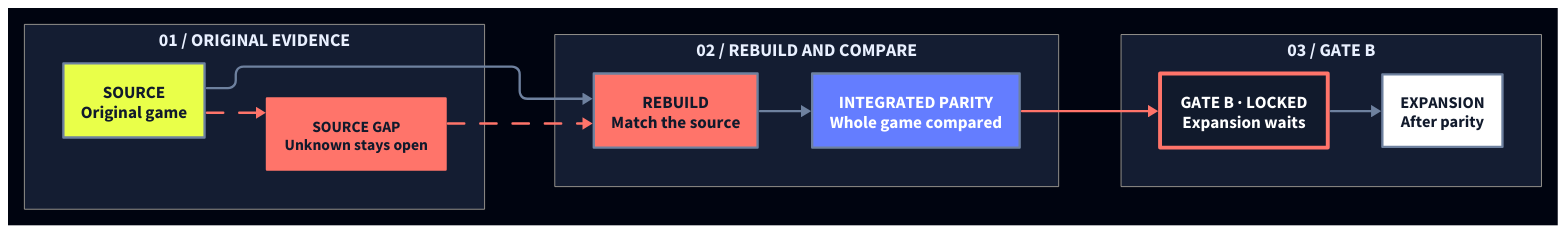
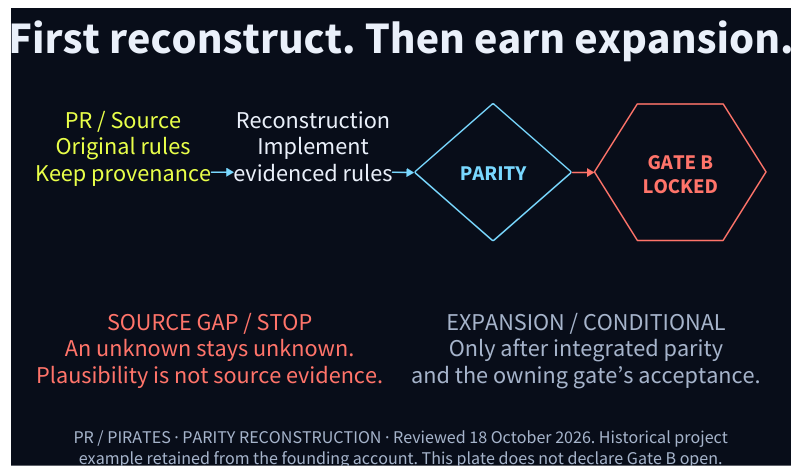
One commit to loftwah/woodhouse-new changed the diagram in diagrams/pirates-parity.d2. Above: the diagram before and after it, drawn with D2. The commit also changed 83 other files, not shown here.

Commit message:
Rebuild Woodhouse technical plates and the founding feature

```diff
--- a/diagrams/pirates-parity.d2
+++ b/diagrams/pirates-parity.d2
@@ -1,48 +1,102 @@
+# Woodhouse authored technical plate. Reviewed 18 October 2026.
+# Shape grammar: text = work; circle = responsibility; diamond = decision;
+# labelled stop = evidence boundary; dashed line = return or conditional path.
+# This is a method/relationship, not a claim that every project passed it.
+vars: {d2-config: {layout-engine: elk; theme-id: 0; pad: 16}}
+style.fill: "#080D19"
 direction: right
-vars: {d2-config: {layout-engine: elk; theme-id: 201}}
+grid-columns: 1
+vertical-gap: 22
 
-evidence: {
-  label: "01 / ORIGINAL EVIDENCE"
-  direction: down
-  style.fill: "#141D32"
-  style.stroke: "#B8B4A8"
-  style.stroke-width: 1
-  style.font-color: "#E9F0FF"
+plate_title: "First reconstruct. Then earn expansion." {
+  shape: text
+  style.font-color: "#EAF0FA"
+  style.font-size: 58
+  style.fill: "transparent"
+  style.stroke: "#EAF0FA"
+  style.stroke-width: 0
+  style.bold: true
+}
+plate_title.near: top-center
+source: "" {
+  style.fill: transparent
+  style.stroke-width: 0
+  grid-rows: 1
+  grid-columns: 4
+  grid-gap: 30
+original: "PR / Source\nOriginal rules\nKeep provenance" {
+  shape: text
+  style.font-color: "#E9FF49"
+  style.font-size: 31
+  style.fill: "transparent"
+  style.stroke: "#E9FF49"
+  style.stroke-width: 0
+}
+rebuild: "Reconstruction\nImplement\nevidenced rules" {
+  shape: text
+  style.font-color: "#EAF0FA"
+  style.font-size: 31
+  style.fill: "transparent"
+  style.stroke: "#EAF0FA"
+  style.stroke-width: 0
+}
+parity: "PARITY" {
+  label.near: center-center
+  shape: diamond
+  style.font-color: "#79D8FF"
+  style.font-size: 27
+  style.fill: "transparent"
+  style.stroke: "#79D8FF"
+  style.stroke-width: 2
+  width: 200
+  height: 175
+  style.bold: true
+}
+gate: "GATE B\nLOCKED" {
+  label.near: center-center
+  shape: hexagon
+  style.font-color: "#FF746A"
+  style.font-size: 27
+  style.fill: "transparent"
+  style.stroke: "#FF746A"
+  style.stroke-width: 2
+  width: 220
+  height: 160
+  style.bold: true
+}
+original -> rebuild: "" {style.stroke: "#79D8FF"; style.stroke-width: 2; style.font-color: "#79D8FF"; style.font-size: 22;}
+rebuild -> parity: "" {style.stroke: "#79D8FF"; style.stroke-width: 2; style.font-color: "#79D8FF"; style.font-size: 22;}
+parity -> gate: "" {style.stroke: "#FF746A"; style.stroke-width: 2; style.font-color: "#FF746A"; style.font-size: 22;}
+}
+limits: "" {
+  style.fill: transparent
+  style.stroke-width: 0
+  grid-rows: 1
+  grid-columns: 2
+  grid-gap: 32
+gap: "SOURCE GAP / STOP\nAn unknown stays unknown.\nPlausibility is not source evidence." {
+  shape: text
+  style.font-color: "#FF746A"
+  style.font-size: 31
+  style.fill: "transparent"
+  style.stroke: "#FF746A"
+  style.stroke-width: 0
+}
+expansion: "EXPANSION / CONDITIONAL\nOnly after integrated parity\nand the owning gate’s acceptance." {
+  shape: text
+  style.font-color: "#A6B4CB"
+  style.font-size: 31
+  style.fill: "transparent"
+  style.stroke: "#A6B4CB"
+  style.stroke-width: 0
+}
+}
+plate_note: "PR / PIRATES · PARITY RECONSTRUCTION · Reviewed 18 October 2026. Historical project\nexample retained from the founding account. This plate does not declare Gate B open." {
+  shape: text
+  style.font-color: "#A6B4CB"
   style.font-size: 23
-  style.bold: true
-  source: "SOURCE\nOriginal game" {style.fill: "#E9FF49"; style.stroke: "#6E819F"; style.stroke-width: 3; style.font-color: "#111A2C"; style.font-size: 22; style.bold: true}
-  unknown: "SOURCE GAP\nUnknown stays open" {style.fill: "#FF746A"; style.stroke: "#FF746A"; style.stroke-width: 3; style.font-color: "#111A2C"; style.font-size: 20; style.bold: true}
-  source -> unknown {style.stroke: "#FF746A"; style.stroke-width: 3; style.stroke-dash: 7}
+  style.fill: "transparent"
+  style.stroke: "#A6B4CB"
+  style.stroke-width: 0
 }
-
-reconstruction: {
-  label: "02 / REBUILD AND COMPARE"
-  direction: down
-  style.fill: "#141D32"
-  style.stroke: "#B8B4A8"
-  style.stroke-width: 1
-  style.font-color: "#E9F0FF"
-  style.font-size: 23
-  style.bold: true
-  rebuild: "REBUILD\nMatch the source" {style.fill: "#FF746A"; style.stroke: "#6E819F"; style.stroke-width: 3; style.font-color: "#111A2C"; style.font-size: 22; style.bold: true}
-  parity: "INTEGRATED PARITY\nWhole game compared" {style.fill: "#647DFF"; style.stroke: "#6E819F"; style.stroke-width: 3; style.font-color: "#FFFFFF"; style.font-size: 22; style.bold: true}
-  rebuild -> parity {style.stroke: "#6E819F"; style.stroke-width: 3}
-}
-
-gate: {
-  label: "03 / GATE B"
-  direction: down
-  style.fill: "#141D32"
-  style.stroke: "#B8B4A8"
-  style.stroke-width: 1
-  style.font-color: "#E9F0FF"
-  style.font-size: 23
-  style.bold: true
-  gateb: "GATE B · LOCKED\nExpansion waits" {style.fill: "#111A2C"; style.stroke: "#FF746A"; style.stroke-width: 5; style.font-color: "#FFFFFF"; style.font-size: 22; style.bold: true}
-  expansion: "EXPANSION\nAfter parity" {style.fill: "#FFFFFF"; style.stroke: "#6E819F"; style.stroke-width: 3; style.font-color: "#111A2C"; style.font-size: 21; style.bold: true}
-  gateb -> expansion {style.stroke: "#6E819F"; style.stroke-width: 3}
-}
-
-evidence.source -> reconstruction.rebuild {style.stroke: "#6E819F"; style.stroke-width: 3}
-evidence.unknown -> reconstruction.rebuild {style.stroke: "#FF746A"; style.stroke-width: 3; style.stroke-dash: 7}
-reconstruction.parity -> gate.gateb {style.stroke: "#FF746A"; style.stroke-width: 3}
+plate_note.near: bottom-center
```
